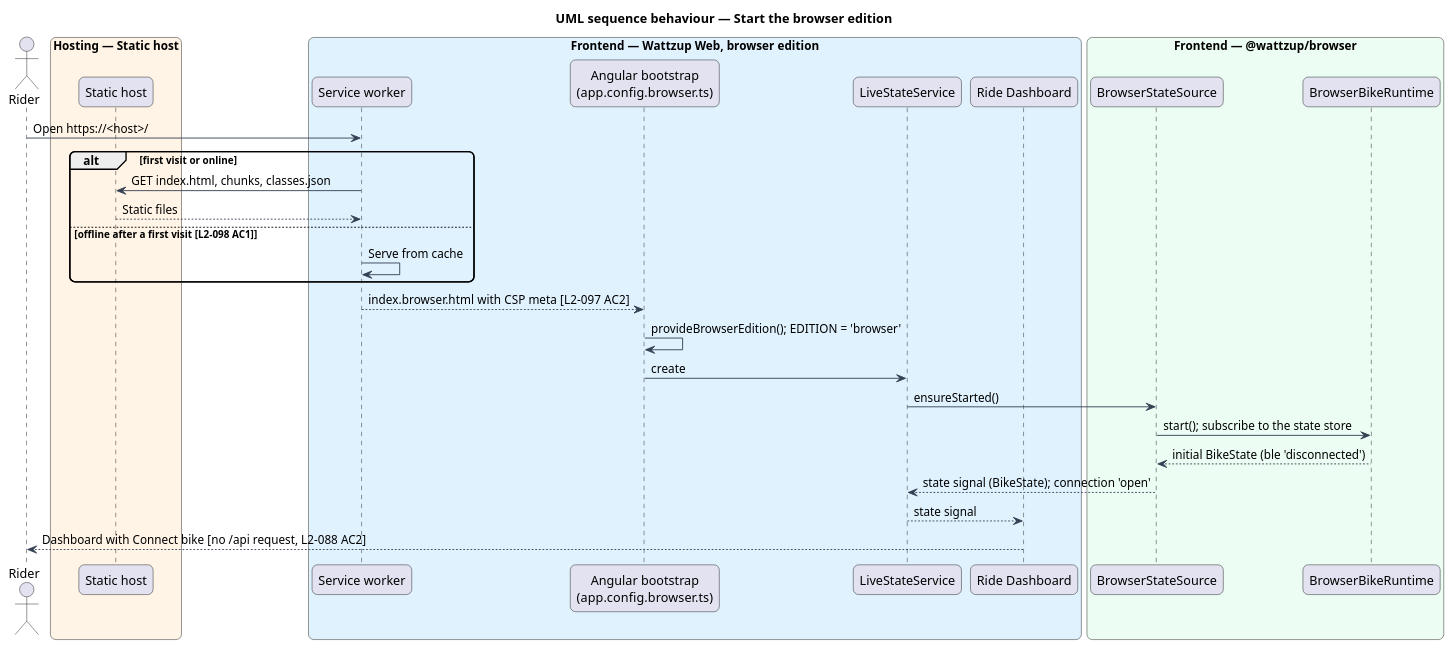
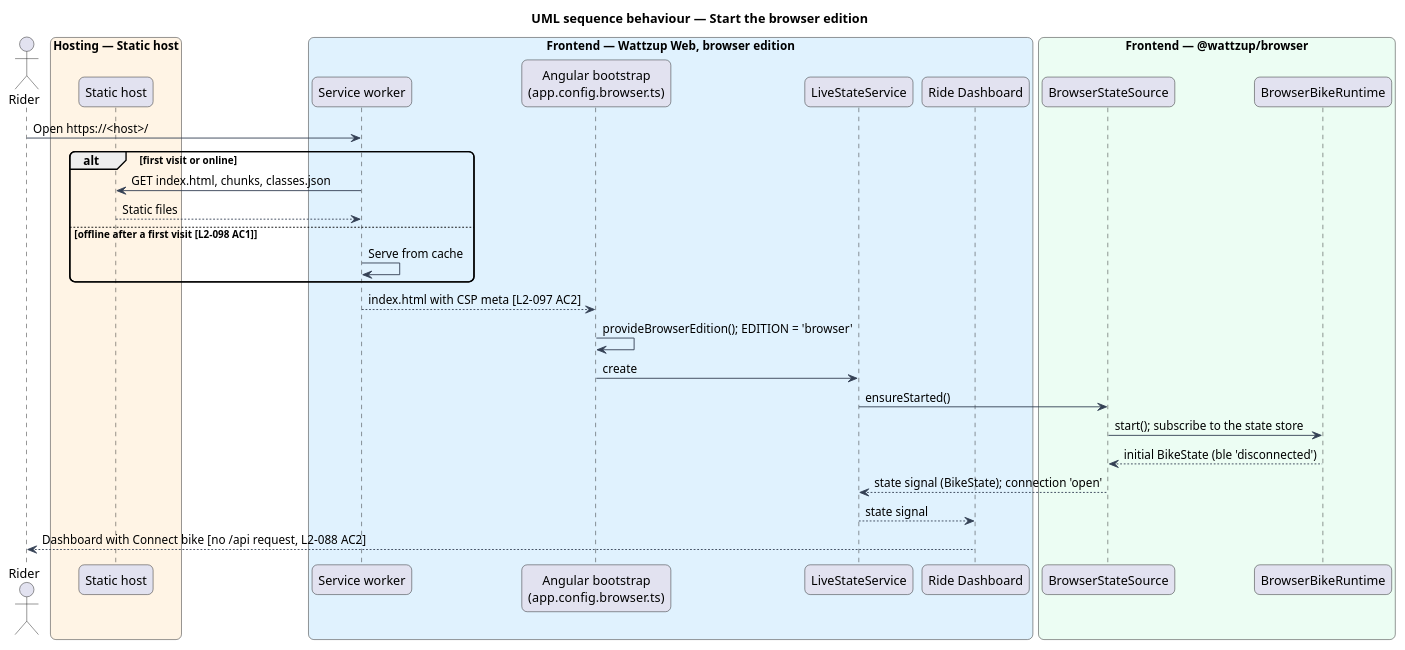
The diagram in docs/detailed-designs/browser-edition/build-and-host/diagrams/sequence-start.puml (QuinntyneBrown/ride-one), drawn with PlantUML before and after one commit. The commit also changed 9 other files, not shown here.

```diff
--- a/docs/detailed-designs/browser-edition/build-and-host/diagrams/sequence-start.puml
+++ b/docs/detailed-designs/browser-edition/build-and-host/diagrams/sequence-start.puml
@@ -1,39 +1,39 @@
 @startuml
 title UML sequence behaviour — Start the browser edition
 skinparam backgroundColor #FFFFFF
 skinparam shadowing false
 skinparam roundcorner 12
 skinparam defaultFontName Arial
 skinparam ArrowColor #344054
 actor "Rider" as rider
 box "Hosting — Static host" #FFF4E5
   participant "Static host" as host
 end box
 box "Frontend — Wattzup Web, browser edition" #E0F2FE
   participant "Service worker" as sw
   participant "Angular bootstrap\n(app.config.browser.ts)" as boot
   participant "LiveStateService" as live
   participant "Ride Dashboard" as page
 end box
 box "Frontend — @wattzup/browser" #ECFDF3
   participant "BrowserStateSource" as src
   participant "BrowserBikeRuntime" as rt
 end box
 
 rider -> sw : Open https://<host>/
 alt first visit or online
   sw -> host : GET index.html, chunks, classes.json
   host --> sw : Static files
 else offline after a first visit [L2-098 AC1]
   sw -> sw : Serve from cache
 end
-sw --> boot : index.browser.html with CSP meta [L2-097 AC2]
+sw --> boot : index.html with CSP meta [L2-097 AC2]
 boot -> boot : provideBrowserEdition(); EDITION = 'browser'
 boot -> live : create
 live -> src : ensureStarted()
 src -> rt : start(); subscribe to the state store
 rt --> src : initial BikeState (ble 'disconnected')
 src --> live : state signal (BikeState); connection 'open'
 live --> page : state signal
 page --> rider : Dashboard with Connect bike [no /api request, L2-088 AC2]
 @enduml
```
